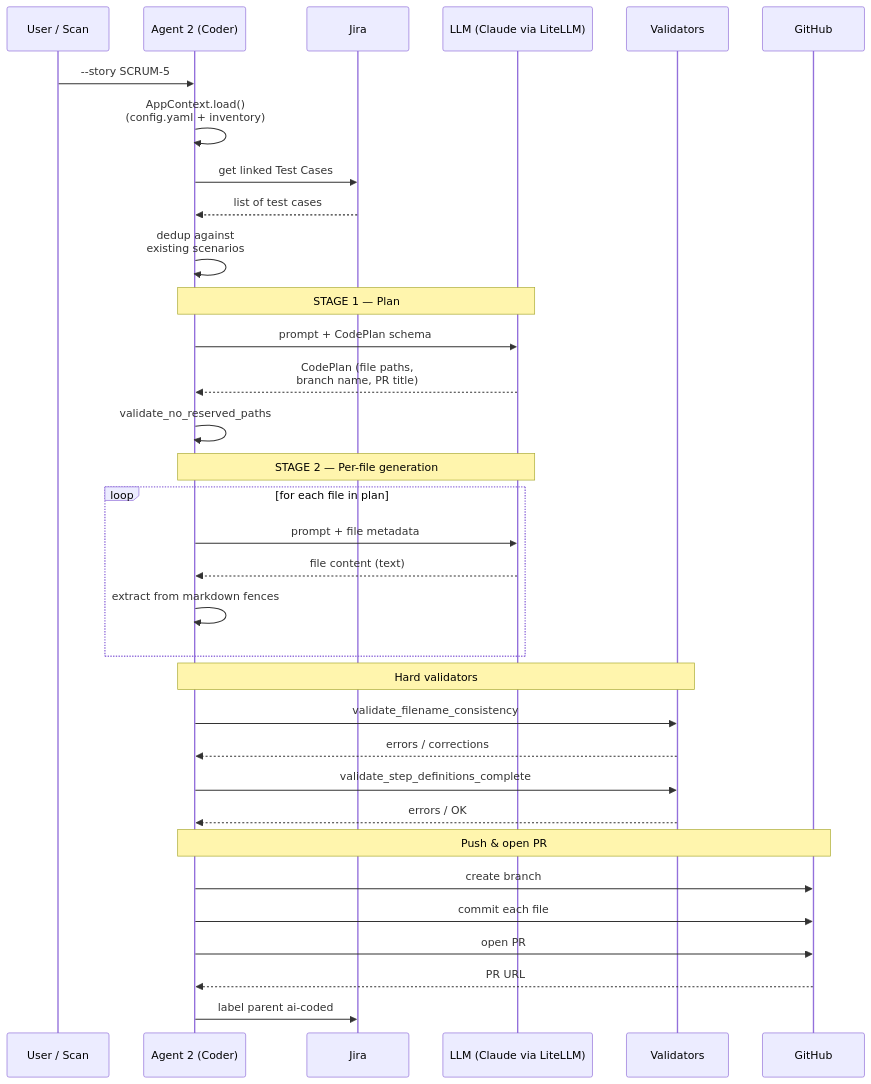
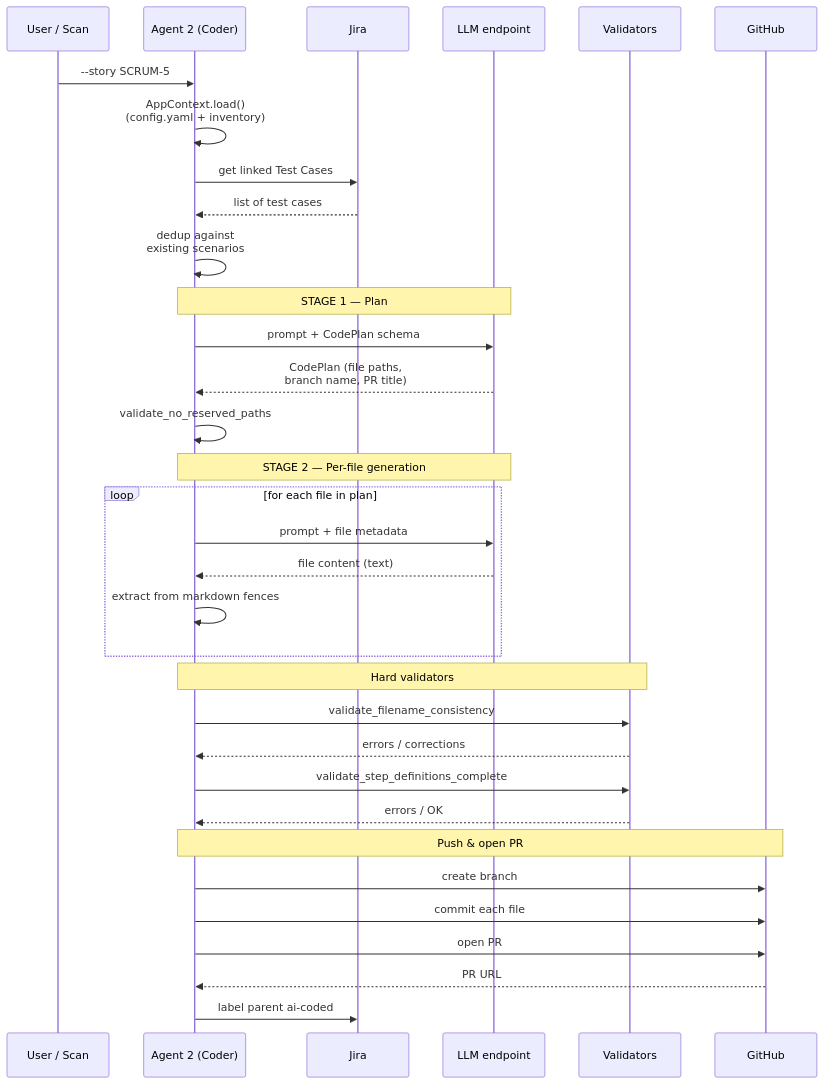
Before and after one commit to rajiniottesting-coder/multi-agent-test-automation: the fourth of 5 diagrams in docs/GUIDE.md, drawn with Mermaid. The commit also changed other lines of this file and 7 other files, not shown here.

````diff
--- a/docs/GUIDE.md
+++ b/docs/GUIDE.md
@@ -1476,40 +1713,40 @@
 ```mermaid
 sequenceDiagram
     participant U as User / Scan
     participant A2 as Agent 2 (Coder)
     participant J as Jira
-    participant L as LLM (Claude via LiteLLM)
+    participant L as LLM endpoint
     participant V as Validators
     participant G as GitHub
 
     U->>A2: --story SCRUM-5
     A2->>A2: AppContext.load()<br/>(config.yaml + inventory)
     A2->>J: get linked Test Cases
     J-->>A2: list of test cases
     A2->>A2: dedup against<br/>existing scenarios
 
     Note over A2,L: STAGE 1 — Plan
     A2->>L: prompt + CodePlan schema
     L-->>A2: CodePlan (file paths,<br/>branch name, PR title)
     A2->>A2: validate_no_reserved_paths
 
     Note over A2,L: STAGE 2 — Per-file generation
     loop for each file in plan
         A2->>L: prompt + file metadata
         L-->>A2: file content (text)
         A2->>A2: extract from markdown fences
     end
 
     Note over A2,V: Hard validators
     A2->>V: validate_filename_consistency
     V-->>A2: errors / corrections
     A2->>V: validate_step_definitions_complete
     V-->>A2: errors / OK
 
     Note over A2,G: Push & open PR
     A2->>G: create branch
     A2->>G: commit each file
     A2->>G: open PR
     G-->>A2: PR URL
     A2->>J: label parent ai-coded
 ```
````
